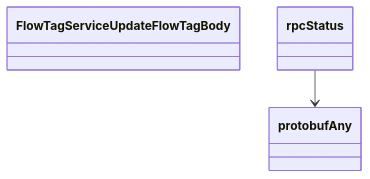
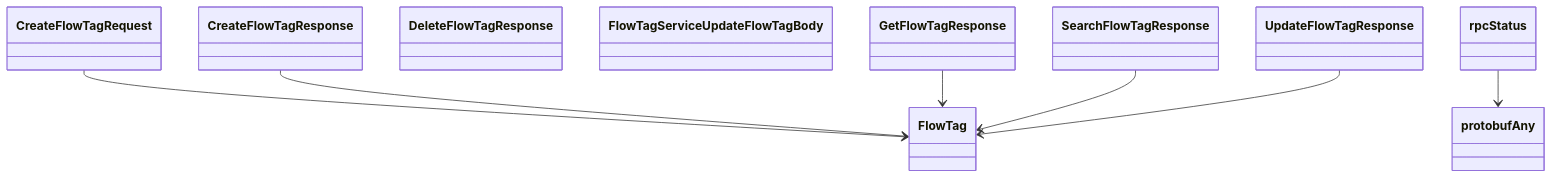
One commit to alexdearaujo/community_sdk_python changed diagram 12 of 12 in docs/sphinx/services/flow_tag.md. Above: the diagram before and after it, drawn with Mermaid. The commit also changed other lines of this file and 38 other files, not shown here.

````diff
--- a/docs/sphinx/services/flow_tag.md
+++ b/docs/sphinx/services/flow_tag.md
@@ -417,7 +417,19 @@
 ```mermaid
 classDiagram
+    class CreateFlowTagRequest
+    class CreateFlowTagResponse
+    class DeleteFlowTagResponse
+    class FlowTag
     class FlowTagServiceUpdateFlowTagBody
+    class GetFlowTagResponse
+    class SearchFlowTagResponse
+    class UpdateFlowTagResponse
     class protobufAny
     class rpcStatus
+    CreateFlowTagRequest --> FlowTag
+    CreateFlowTagResponse --> FlowTag
+    GetFlowTagResponse --> FlowTag
+    SearchFlowTagResponse --> FlowTag
+    UpdateFlowTagResponse --> FlowTag
     rpcStatus --> protobufAny
 ```
````
